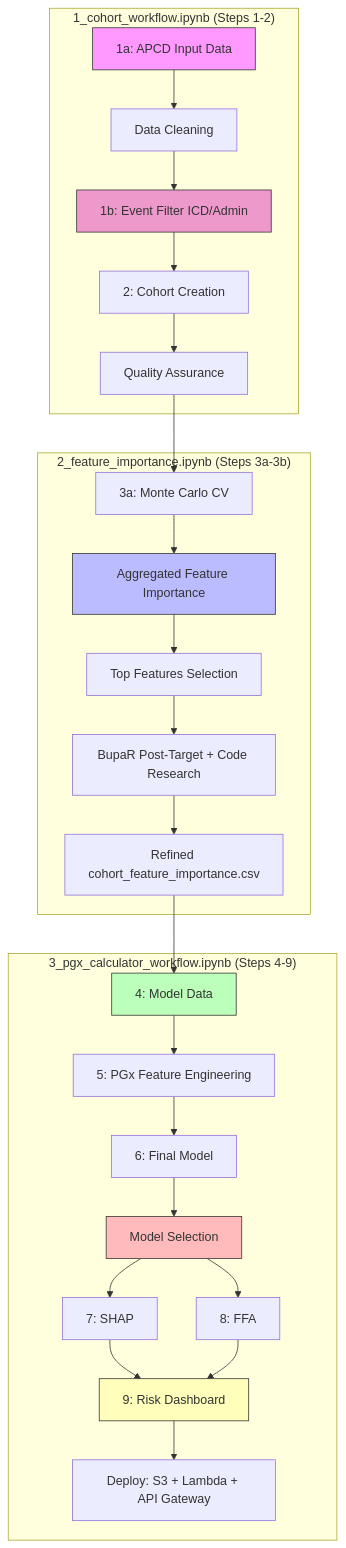
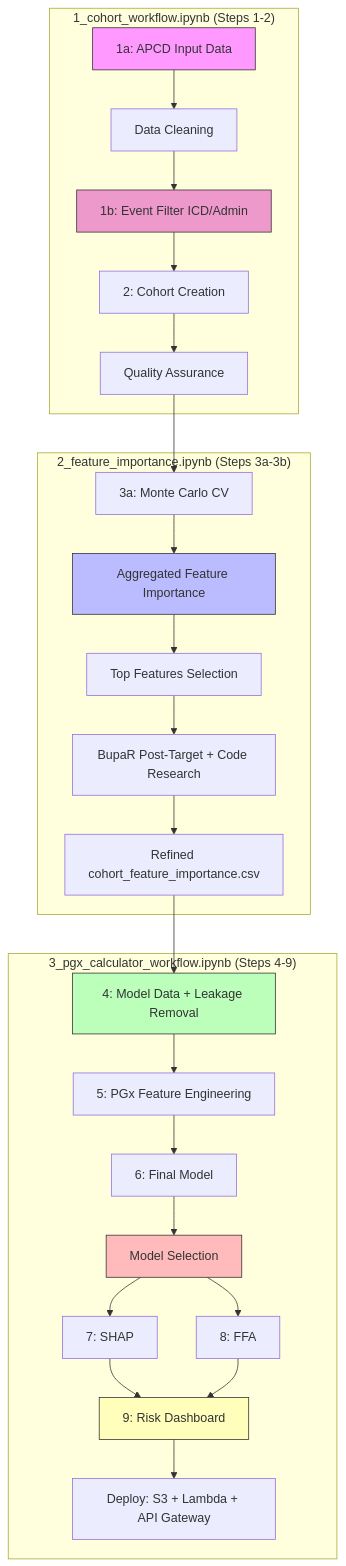
The diagram in README.md (Jerome3590/pgx-analysis), drawn with Mermaid before and after one commit. The commit also changed other lines of this file and 12 other files, not shown here.

First line of the commit message:
Linear flow: remove target leakage in Step 4; update READMEs and mermaid

````diff
--- a/README.md
+++ b/README.md
@@ -99,36 +99,36 @@
 ```mermaid
 flowchart TD
     subgraph W1["1_cohort_workflow.ipynb (Steps 1-2)"]
         A1[1a: APCD Input Data] --> A2[Data Cleaning]
         A2 --> A1b[1b: Event Filter ICD/Admin]
         A1b --> A3[2: Cohort Creation]
         A3 --> A4[Quality Assurance]
     end
 
     subgraph W2["2_feature_importance.ipynb (Steps 3a-3b)"]
         A4 --> B1[3a: Monte Carlo CV]
         B1 --> B2[Aggregated Feature Importance]
         B2 --> B3[Top Features Selection]
         B3 --> B4[BupaR Post-Target + Code Research]
         B4 --> B6[Refined cohort_feature_importance.csv]
     end
 
     subgraph W3["3_pgx_calculator_workflow.ipynb (Steps 4-9)"]
-        B6 --> C1[4: Model Data]
+        B6 --> C1[4: Model Data + Leakage Removal]
         C1 --> D1[5: PGx Feature Engineering]
         D1 --> E1[6: Final Model]
         E1 --> E4[Model Selection]
         E4 --> F1[7: SHAP]
         E4 --> F2[8: FFA]
         F1 --> G1[9: Risk Dashboard]
         F2 --> G1
         G1 --> G5[Deploy: S3 + Lambda + API Gateway]
     end
 
     style A1 fill:#f9f,stroke:#333
     style A1b fill:#e9c,stroke:#333
     style B2 fill:#bbf,stroke:#333
     style C1 fill:#bfb,stroke:#333
     style E4 fill:#fbb,stroke:#333
     style G1 fill:#ffb,stroke:#333
 ```
````
